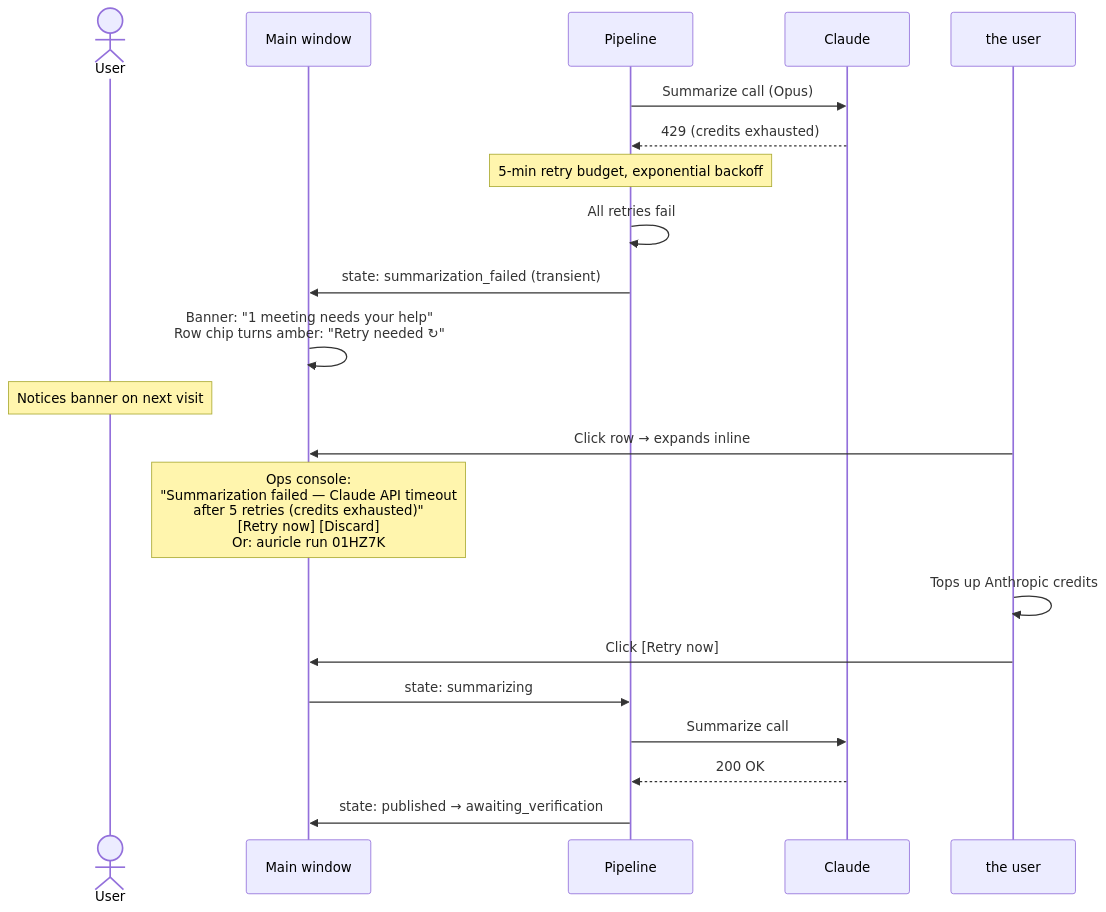
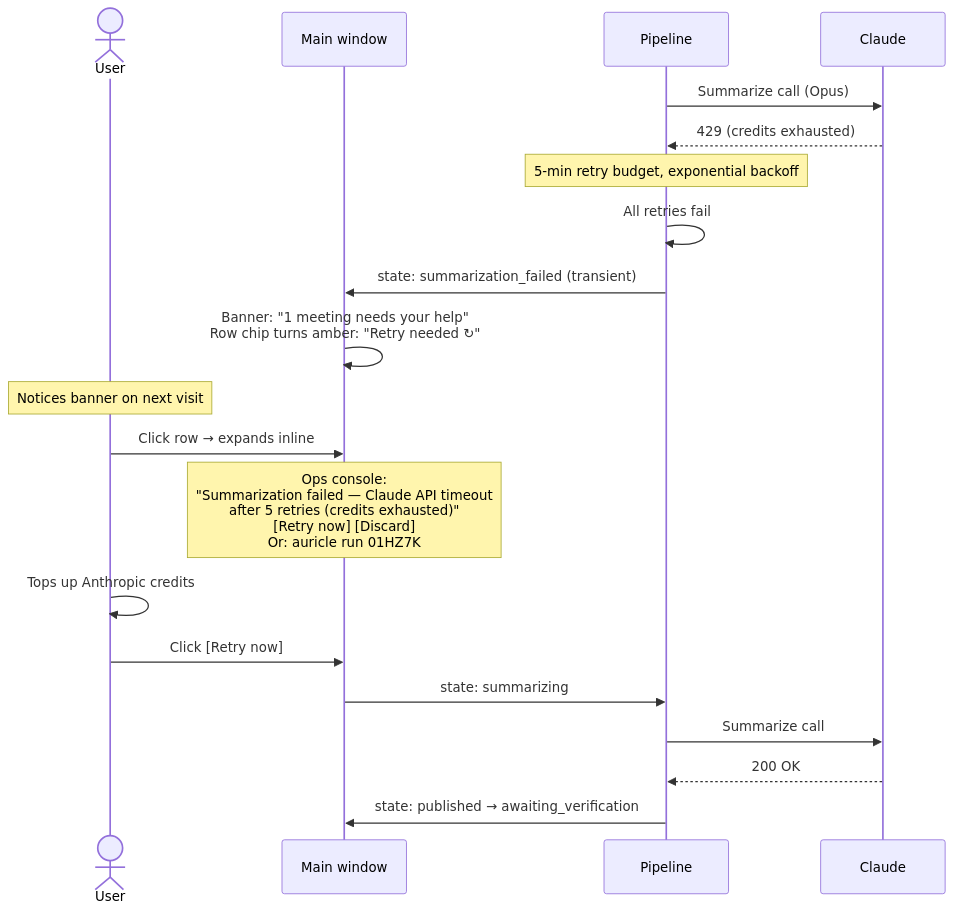
One commit to arunderwood/auricle changed the fifth of 5 diagrams in _bmad-output/planning-artifacts/ux-design-specification.md. Above: the diagram before and after it, drawn with Mermaid. The commit also changed other lines of this file, not shown here.

First line of the commit message:
Reconnect mermaid sequence-diagram actors to their declarations

````diff
--- a/_bmad-output/planning-artifacts/ux-design-specification.md
+++ b/_bmad-output/planning-artifacts/ux-design-specification.md
@@ -960,23 +960,23 @@
 ```mermaid
 sequenceDiagram
     actor User
     participant Main as Main window
     participant Pipeline
     participant Claude
 
     Pipeline->>Claude: Summarize call (Opus)
     Claude-->>Pipeline: 429 (credits exhausted)
     Note over Pipeline: 5-min retry budget, exponential backoff
     Pipeline->>Pipeline: All retries fail
     Pipeline->>Main: state: summarization_failed (transient)
     Main->>Main: Banner: "1 meeting needs your help"<br/>Row chip turns amber: "Retry needed ↻"
     Note over User: Notices banner on next visit
-    the user->>Main: Click row → expands inline
+    User->>Main: Click row → expands inline
     Note over Main: Ops console:<br/>"Summarization failed — Claude API timeout<br/>after 5 retries (credits exhausted)"<br/>[Retry now] [Discard]<br/>Or: auricle run 01HZ7K
-    the user->>the user: Tops up Anthropic credits
-    the user->>Main: Click [Retry now]
+    User->>User: Tops up Anthropic credits
+    User->>Main: Click [Retry now]
     Main->>Pipeline: state: summarizing
     Pipeline->>Claude: Summarize call
     Claude-->>Pipeline: 200 OK
     Pipeline->>Main: state: published → awaiting_verification
 ```
````
